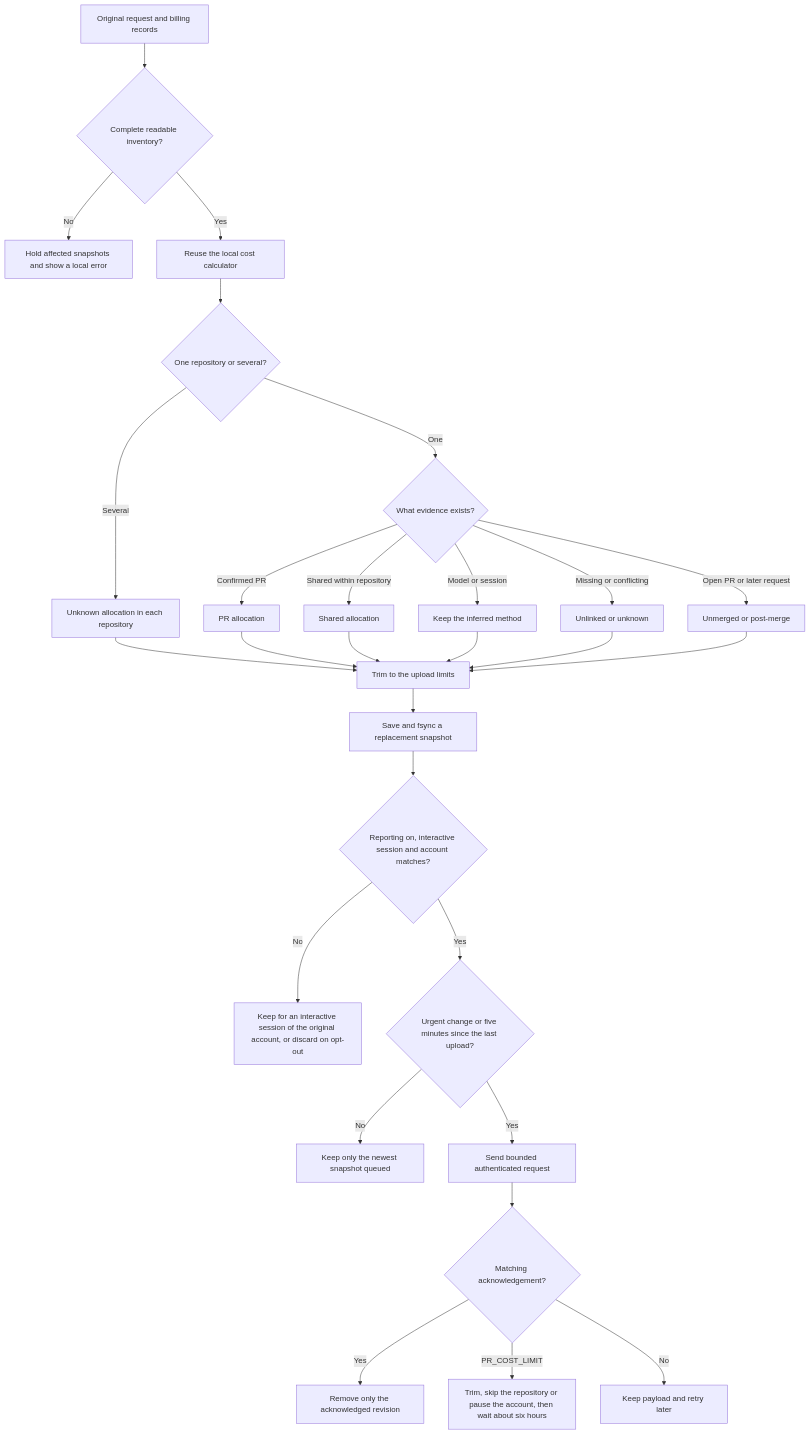
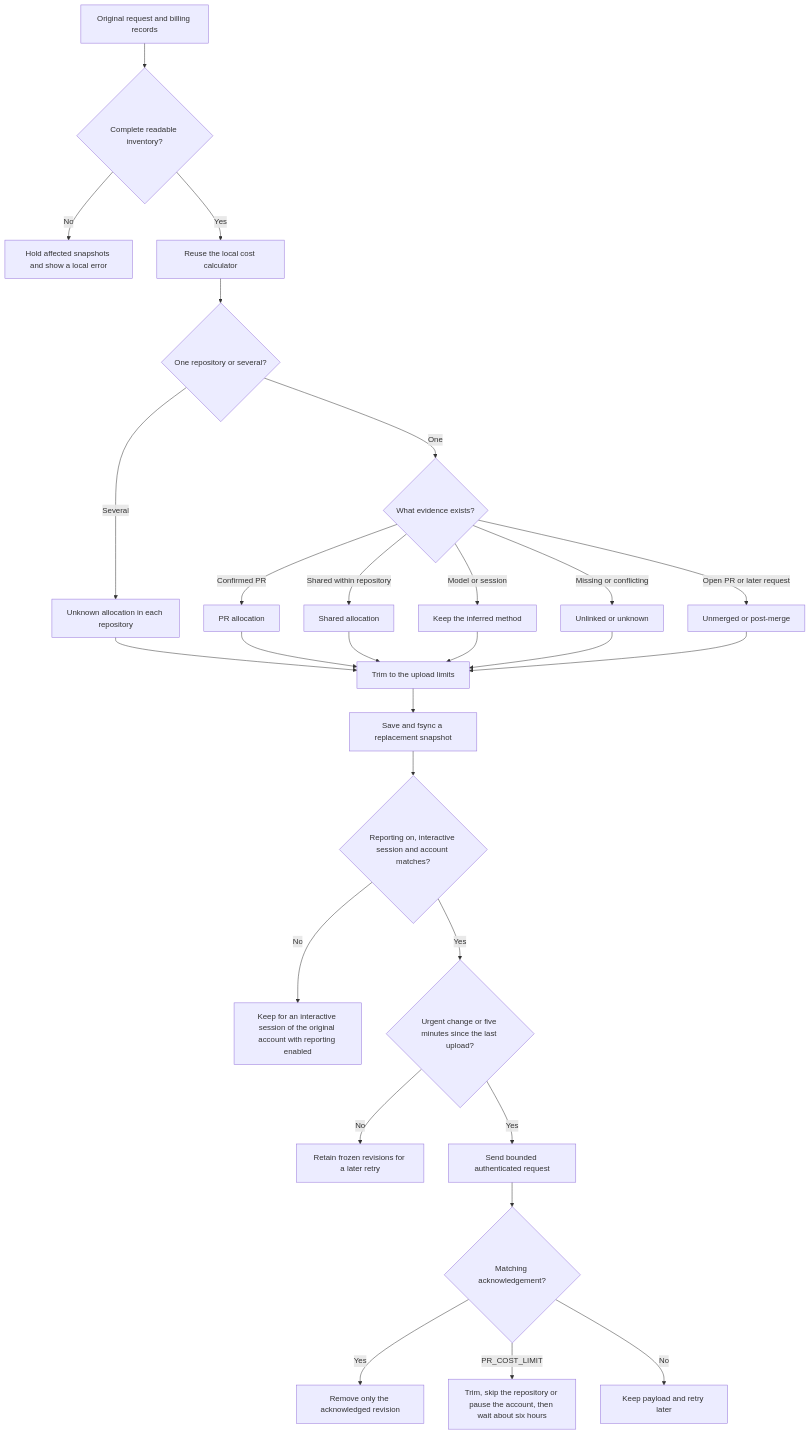
One commit to getkimchi/kimchi changed the first of 2 diagrams in docs/pr-cost-reporting.md. Above: the diagram before and after it, drawn with Mermaid. The commit also changed other lines of this file and 96 other files, not shown here.

````diff
--- a/docs/pr-cost-reporting.md
+++ b/docs/pr-cost-reporting.md
@@ -92,30 +110,30 @@
 ```mermaid
 flowchart TD
     A[Original request and billing records] --> B{Complete readable inventory?}
     B -- No --> Hold[Hold affected snapshots and show a local error]
     B -- Yes --> C[Reuse the local cost calculator]
     C --> D{One repository or several?}
     D -- Several --> U[Unknown allocation in each repository]
     D -- One --> E{What evidence exists?}
     E -- Confirmed PR --> PR[PR allocation]
     E -- Shared within repository --> Shared[Shared allocation]
     E -- Model or session --> Inferred[Keep the inferred method]
     E -- Missing or conflicting --> Unknown[Unlinked or unknown]
     E -- Open PR or later request --> Outside[Unmerged or post-merge]
     U --> Trim
     PR --> Trim
     Shared --> Trim
     Inferred --> Trim
     Unknown --> Trim
     Outside --> Trim[Trim to the upload limits]
     Trim --> Queue[Save and fsync a replacement snapshot]
     Queue --> Consent{Reporting on, interactive session and account matches?}
-    Consent -- No --> Wait[Keep for an interactive session of the original account, or discard on opt-out]
+    Consent -- No --> Wait[Keep for an interactive session of the original account with reporting enabled]
     Consent -- Yes --> Window{Urgent change or five minutes since the last upload?}
-    Window -- No --> Later[Keep only the newest snapshot queued]
+    Window -- No --> Later[Retain frozen revisions for a later retry]
     Window -- Yes --> Send[Send bounded authenticated request]
     Send --> Ack{Matching acknowledgement?}
     Ack -- Yes --> Done[Remove only the acknowledged revision]
     Ack -- PR_COST_LIMIT --> Quota[Trim, skip the repository or pause the account, then wait about six hours]
     Ack -- No --> Retry[Keep payload and retry later]
 ```
````
